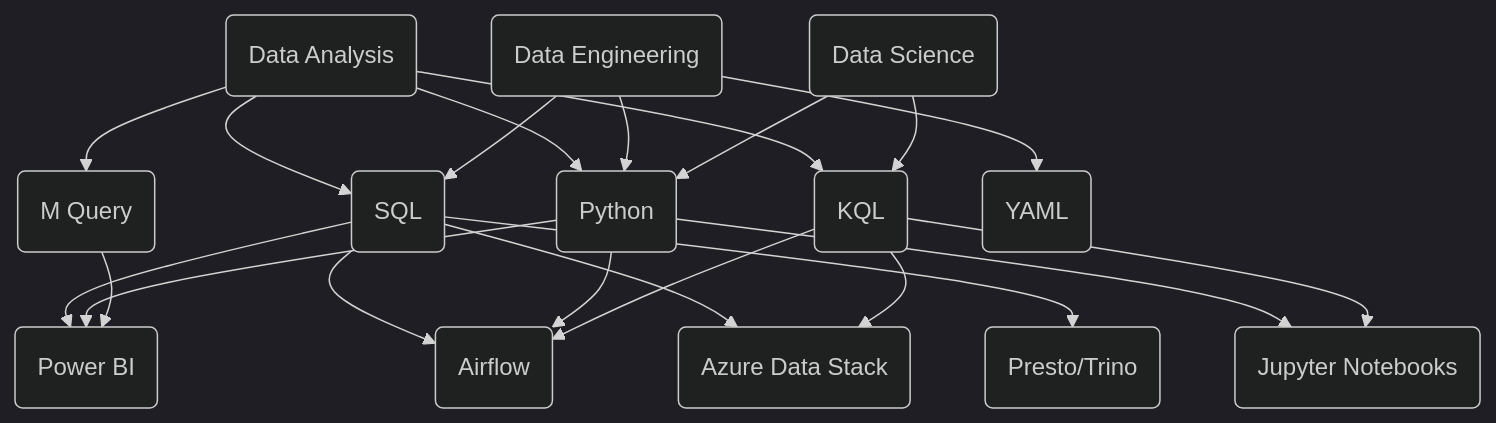
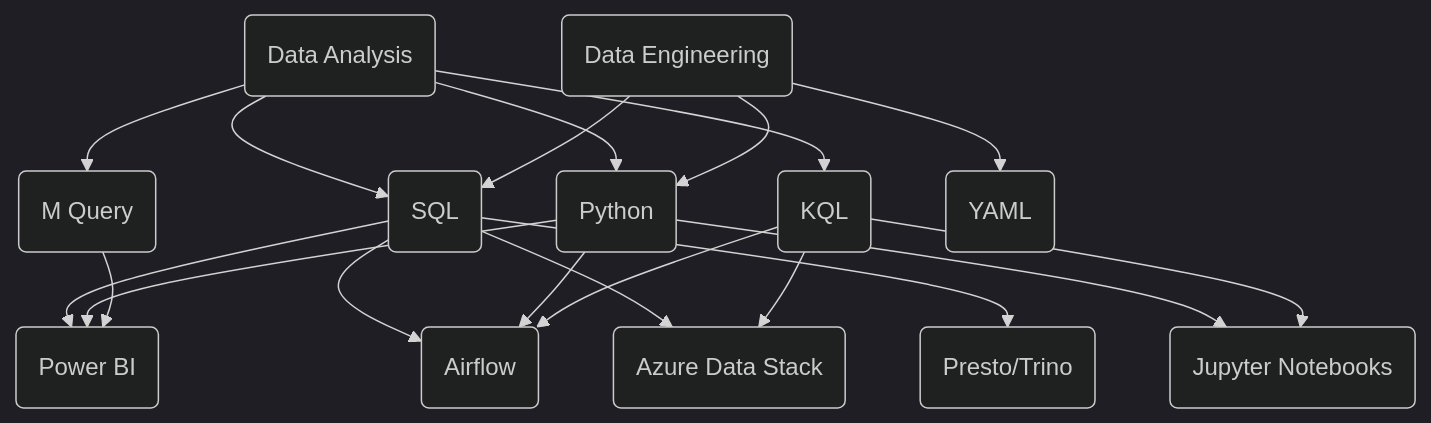
The diagram in README.md (rklie/rklie), drawn with Mermaid (dark theme) before and after one commit.

Commit message:
remove science ref

````diff
--- a/README.md
+++ b/README.md
@@ -11,11 +11,10 @@
 ```mermaid
 flowchart TD
     A(Data Analysis) --> D(SQL) & E(Python) & F(KQL) & G(M Query)
     B(Data Engineering) --> D & E & H(YAML)
-    C(Data Science) --> E & F
     D & E & G --> I(Power BI)
     D & E & F --> J(Airflow)
     D & F --> K(Azure Data Stack)
     E & F --> L(Jupyter Notebooks)
     D --> M(Presto/Trino)
 ```
````
